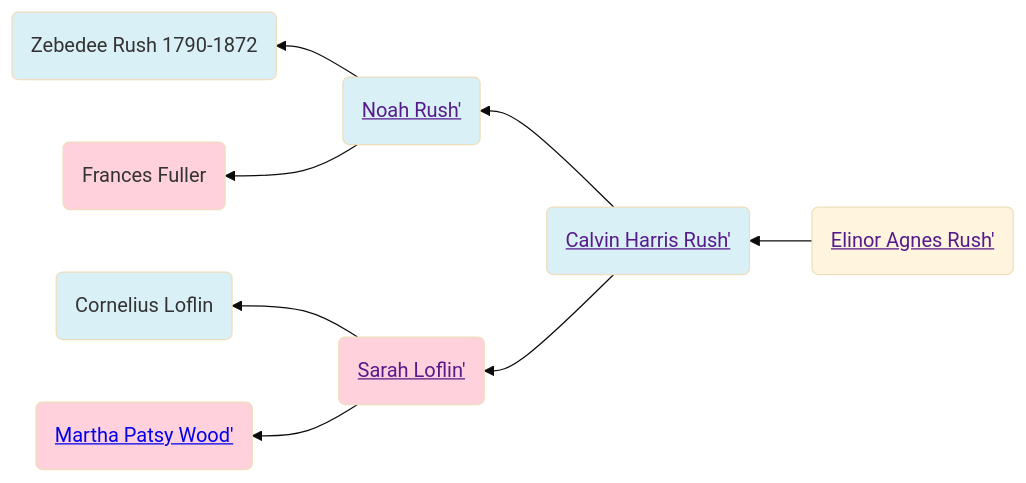
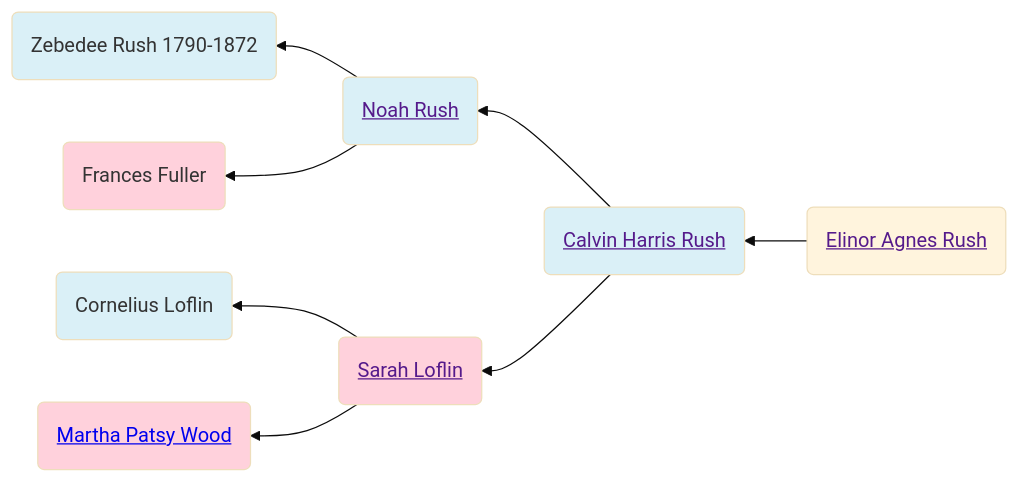
The diagram in familyhistory/sources/people/Rush-line/Elinor_Agnes_Rush.qmd (neelsmith/avocational), drawn with Mermaid (base theme) before and after one commit. The commit also changed 96 other files, not shown here.

````diff
--- a/familyhistory/sources/people/Rush-line/Elinor_Agnes_Rush.qmd
+++ b/familyhistory/sources/people/Rush-line/Elinor_Agnes_Rush.qmd
@@ -19,22 +19,22 @@
 ```{mermaid}
 graph RL
 %% RL ancestor diagram
-Elinor_Agnes_Rush(<a href=''>Elinor Agnes Rush'</>) -->  Calvin_Harris_Rush(<a href='./Calvin_Harris_Rush.html'>Calvin Harris Rush'</>)
-Calvin_Harris_Rush(<a href=''>Calvin Harris Rush'</>) -->  Noah_Rush(<a href='./Noah_Rush.html'>Noah Rush'</>)
-Noah_Rush(<a href=''>Noah Rush'</>) -->  Zebedee_Rush_1790-1872(Zebedee Rush 1790-1872)
+Elinor_Agnes_Rush(<a href=''>Elinor Agnes Rush</a>) -->  Calvin_Harris_Rush(<a href='./Calvin_Harris_Rush.html'>Calvin Harris Rush</a>)
+Calvin_Harris_Rush(<a href=''>Calvin Harris Rush</a>) -->  Noah_Rush(<a href='./Noah_Rush.html'>Noah Rush</a>)
+Noah_Rush(<a href=''>Noah Rush</a>) -->  Zebedee_Rush_1790-1872(Zebedee Rush 1790-1872)
 class Zebedee_Rush_1790-1872 father
-Noah_Rush(<a href=''>Noah Rush'</>)  --> Frances_Fuller(Frances Fuller)
+Noah_Rush(<a href=''>Noah Rush</a>)  --> Frances_Fuller(Frances Fuller)
 class Frances_Fuller mother
 class Noah_Rush father
-Calvin_Harris_Rush(<a href=''>Calvin Harris Rush'</>)  --> Sarah_Loflin(<a href='./../Randolph_county_lines/Loflin/Sarah_Loflin.html'>Sarah Loflin'</>)
-Sarah_Loflin(<a href=''>Sarah Loflin'</>) -->  Cornelius_Loflin(Cornelius Loflin)
+Calvin_Harris_Rush(<a href=''>Calvin Harris Rush</a>)  --> Sarah_Loflin(<a href='./../Randolph_county_lines/Loflin/Sarah_Loflin.html'>Sarah Loflin</a>)
+Sarah_Loflin(<a href=''>Sarah Loflin</a>) -->  Cornelius_Loflin(Cornelius Loflin)
 class Cornelius_Loflin father
-Sarah_Loflin(<a href=''>Sarah Loflin'</>)  --> Martha_Patsy_Wood(<a href='./../Martha_Patsy_Wood.html'>Martha Patsy Wood'</>)
+Sarah_Loflin(<a href=''>Sarah Loflin</a>)  --> Martha_Patsy_Wood(<a href='./../Martha_Patsy_Wood.html'>Martha Patsy Wood</a>)
 class Martha_Patsy_Wood mother
 class Sarah_Loflin mother
 class Calvin_Harris_Rush father
 classDef mother fill:#ffd1dc
 classDef father fill:#daf0f7  
 classDef marriage fill:#ffffff
 
 ```
````
